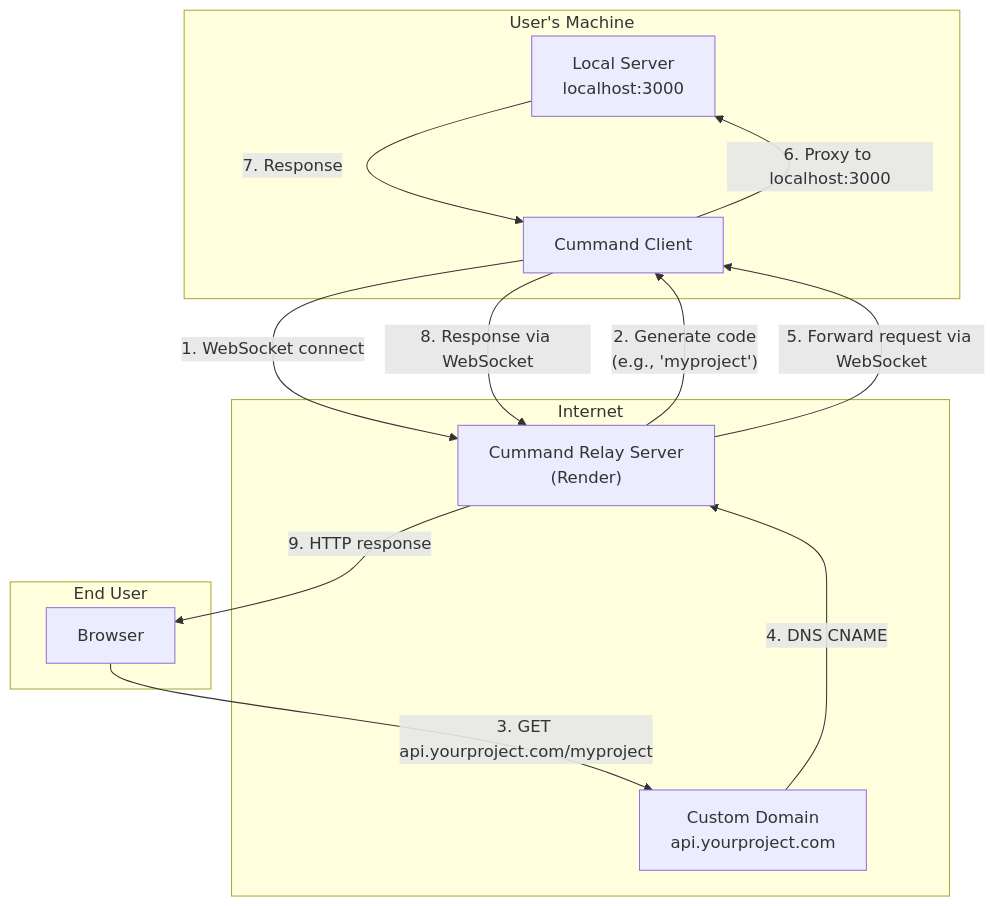
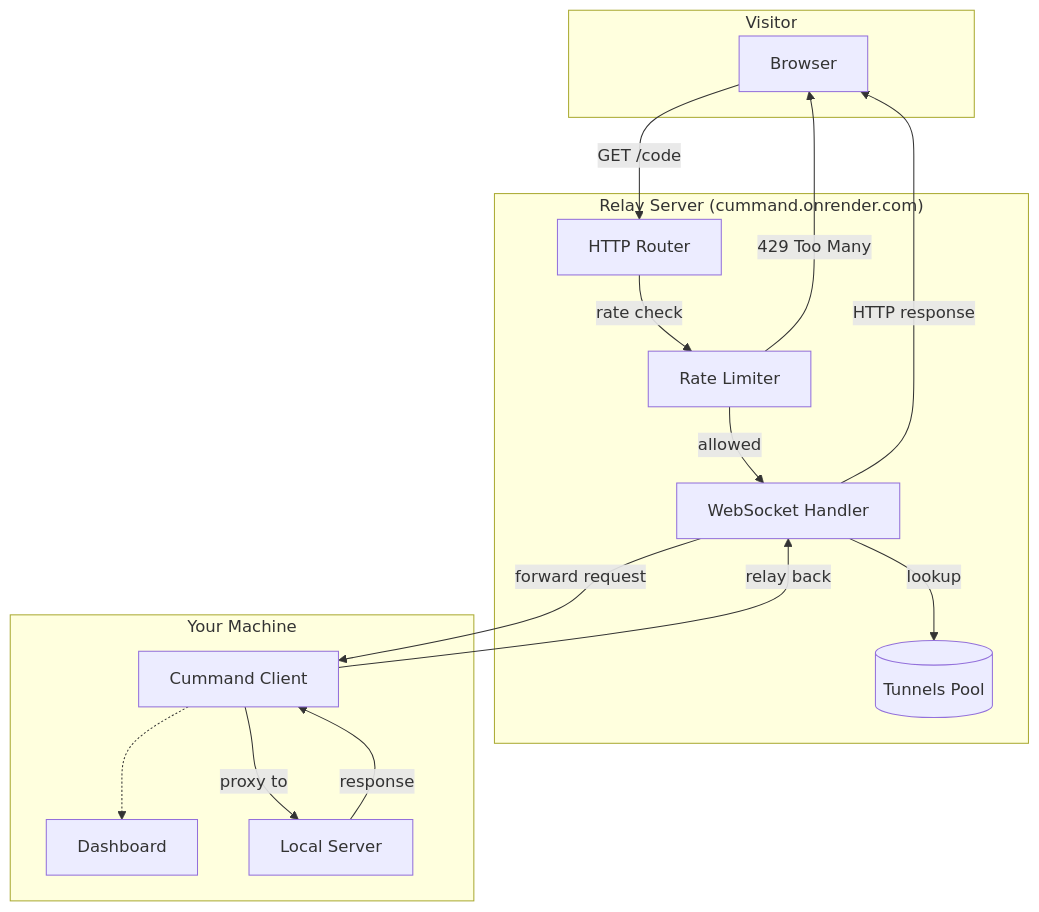
Before and after one commit to divyanshudhruv/cummand: the diagram in README.md, drawn with Mermaid. The commit also changed other lines of this file and 12 other files, not shown here.

Commit message:
✨ feat: implement tunnel relay server, and GitHub workflows

````diff
--- a/README.md
+++ b/README.md
@@ -175,26 +112,31 @@
 ```mermaid
 graph TB
-    subgraph User["User's Machine"]
-        A["Local Server<br/>localhost:3000"]
-        B["Cummand Client"]
+    subgraph Visitor["Visitor"]
+        V["Browser"]
     end
 
-    subgraph External["Internet"]
-        C["Cummand Relay Server<br/>(Render)"]
-        D["Custom Domain<br/>api.yourproject.com"]
+    subgraph Relay["Relay Server (cummand.onrender.com)"]
+        RL["Rate Limiter"]
+        WS["WebSocket Handler"]
+        H["HTTP Router"]
+        T[("Tunnels Pool")]
     end
 
-    subgraph Visitor["End User"]
-        E["Browser"]
+    subgraph Local["Your Machine"]
+        CLI["Cummand Client"]
+        DASH["Dashboard"]
+        APP["Local Server"]
     end
 
-    B -- "1. WebSocket connect" --> C
-    C -- "2. Generate code<br/>(e.g., 'myproject')" --> B
-    E -- "3. GET api.yourproject.com/myproject" --> D
-    D -- "4. DNS CNAME" --> C
-    C -- "5. Forward request via WebSocket" --> B
-    B -- "6. Proxy to localhost:3000" --> A
-    A -- "7. Response" --> B
-    B -- "8. Response via WebSocket" --> C
-    C -- "9. HTTP response" --> E
+    V -- "GET /code" --> H
+    H -- "rate check" --> RL
+    RL -- "allowed" --> WS
+    RL -- "429 Too Many" --> V
+    WS -- "lookup" --> T
+    WS -- "forward request" --> CLI
+    CLI -- "proxy to" --> APP
+    APP -- "response" --> CLI
+    CLI -- "relay back" --> WS
+    WS -- "HTTP response" --> V
+    CLI -.-> DASH
 ```
````
